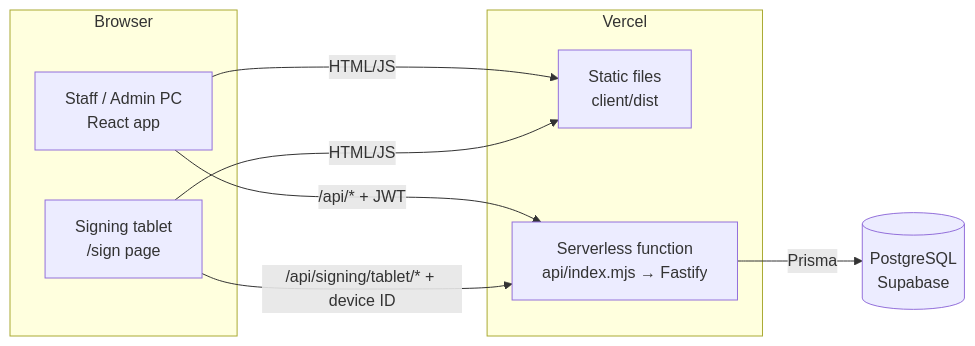
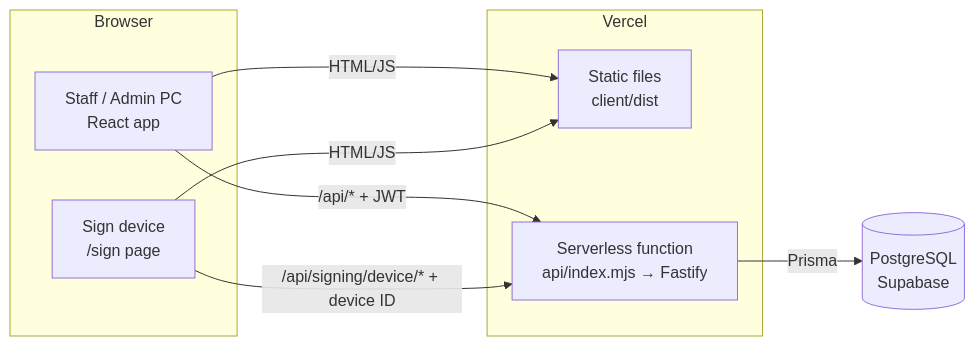
One commit to paopao-GG/registrar-management-tracking-system changed the first of 4 diagrams in docs/TECHNICAL_DESIGN.md. Above: the diagram before and after it, drawn with Mermaid. The commit also changed other lines of this file and 25 other files, not shown here.

First line of the commit message:
feat: two-step mobile sign page and device-neutral signing

````diff
--- a/docs/TECHNICAL_DESIGN.md
+++ b/docs/TECHNICAL_DESIGN.md
@@ -25,18 +25,18 @@
 ```mermaid
 flowchart LR
   subgraph Browser
     PC[Staff / Admin PC<br/>React app]
-    TAB[Signing tablet<br/>/sign page]
+    TAB[Sign device<br/>/sign page]
   end
   subgraph Vercel
     STATIC[Static files<br/>client/dist]
     FN[Serverless function<br/>api/index.mjs → Fastify]
   end
   DB[(PostgreSQL<br/>Supabase)]
 
   PC -->|HTML/JS| STATIC
   TAB -->|HTML/JS| STATIC
   PC -->|/api/* + JWT| FN
-  TAB -->|/api/signing/tablet/* + device ID| FN
+  TAB -->|/api/signing/device/* + device ID| FN
   FN -->|Prisma| DB
 ```
````
